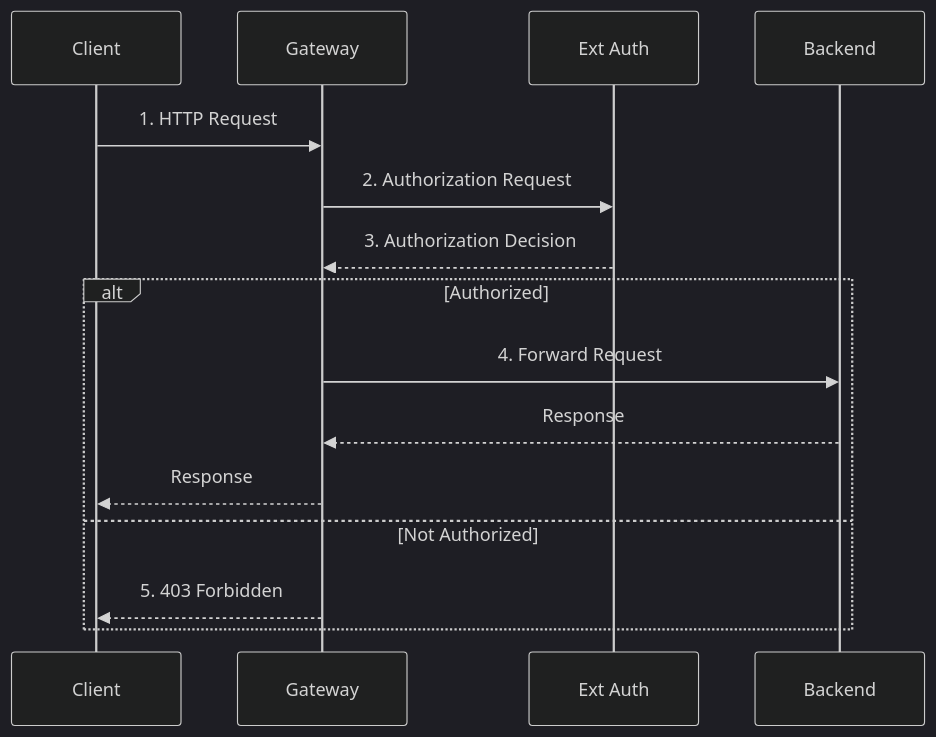
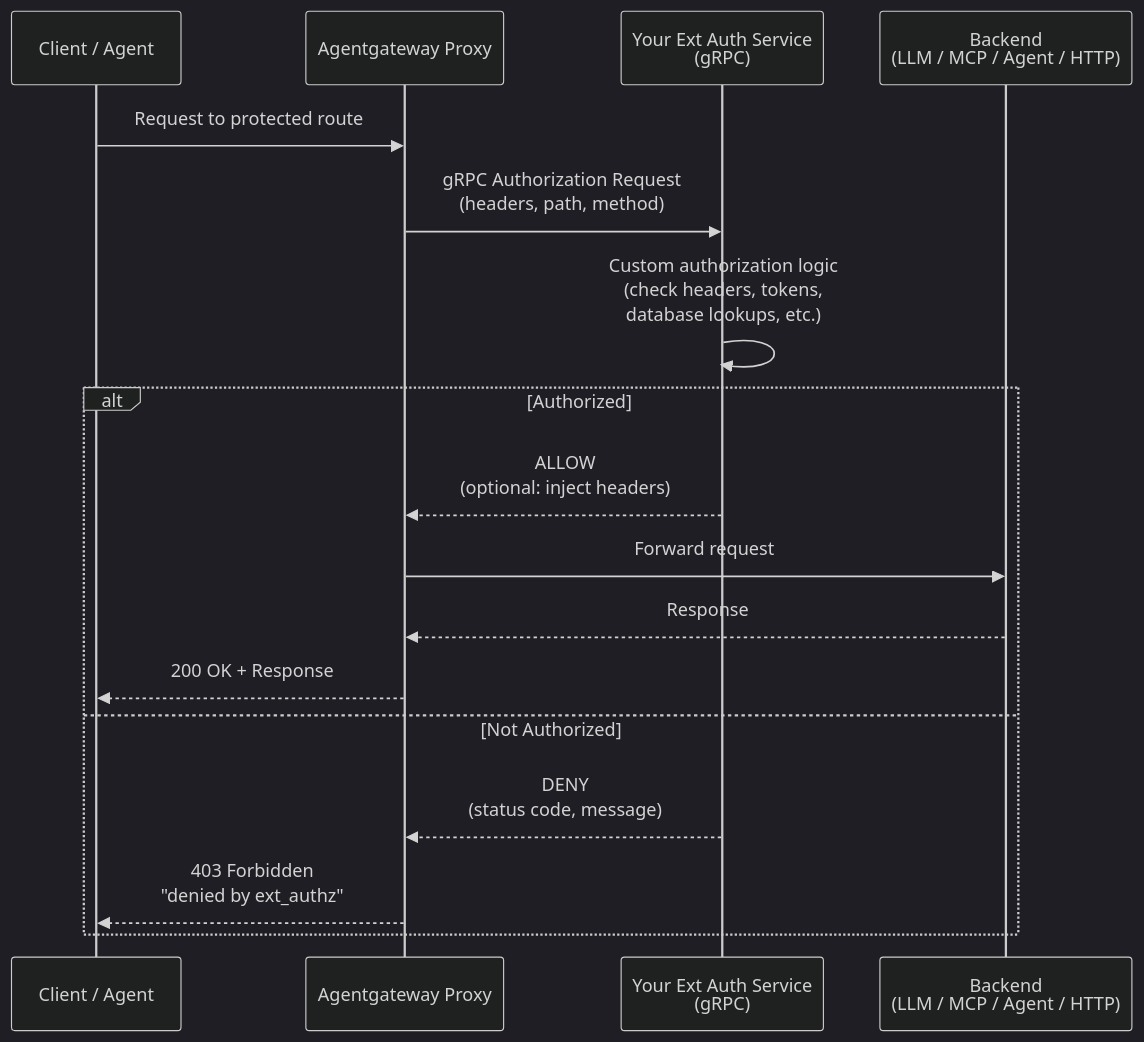
Before and after one commit to agentgateway/website: the diagram in assets/agw-docs/pages/security/byo-extauth.md, drawn with Mermaid (dark theme). The commit also changed other lines of this file and 2 other files, not shown here.

Commit message:
Add mermaid diagrams

````diff
--- a/assets/agw-docs/pages/security/byo-extauth.md
+++ b/assets/agw-docs/pages/security/byo-extauth.md
@@ -7,19 +9,23 @@
 ```mermaid
 sequenceDiagram
-    participant Client
-    participant Gateway
-    participant Ext Auth
-    participant Backend
+    participant C as Client / Agent
+    participant AGW as Agentgateway Proxy
+    participant BYO as Your Ext Auth Service<br/>(gRPC)
+    participant Backend as Backend<br/>(LLM / MCP / Agent / HTTP)
 
-    Client->>Gateway: 1. HTTP Request
-    Gateway->>Ext Auth: 2. Authorization Request
-    Ext Auth-->>Gateway: 3. Authorization Decision
-    
+    C->>AGW: Request to protected route
+
+    AGW->>BYO: gRPC Authorization Request<br/>(headers, path, method)
+
+    BYO->>BYO: Custom authorization logic<br/>(check headers, tokens,<br/>database lookups, etc.)
+
     alt Authorized
-        Gateway->>Backend: 4. Forward Request
-        Backend-->>Gateway: Response
-        Gateway-->>Client: Response
+        BYO-->>AGW: ALLOW<br/>(optional: inject headers)
+        AGW->>Backend: Forward request
+        Backend-->>AGW: Response
+        AGW-->>C: 200 OK + Response
     else Not Authorized
-        Gateway-->>Client: 5. 403 Forbidden
+        BYO-->>AGW: DENY<br/>(status code, message)
+        AGW-->>C: 403 Forbidden<br/>"denied by ext_authz"
     end
 ```
````
